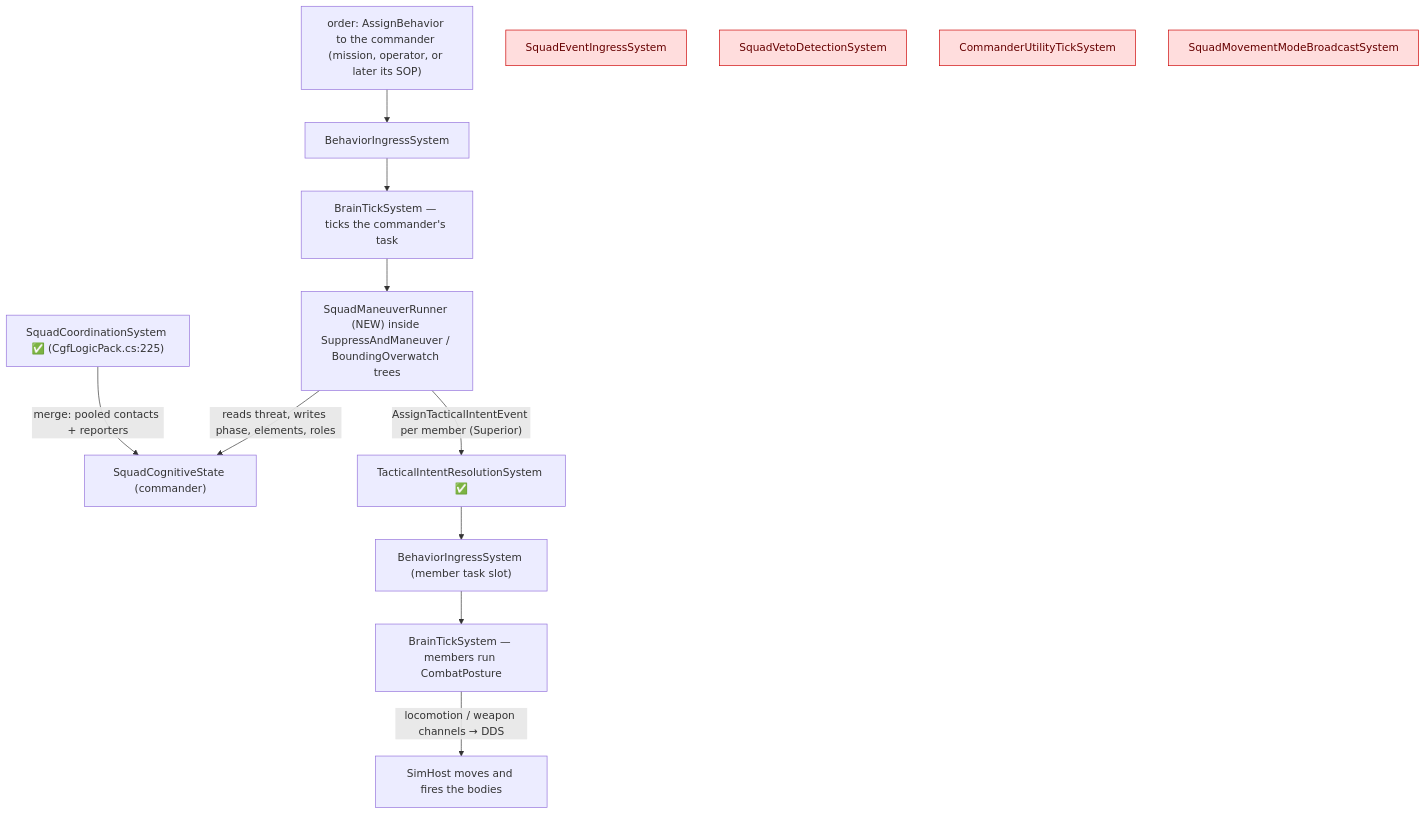
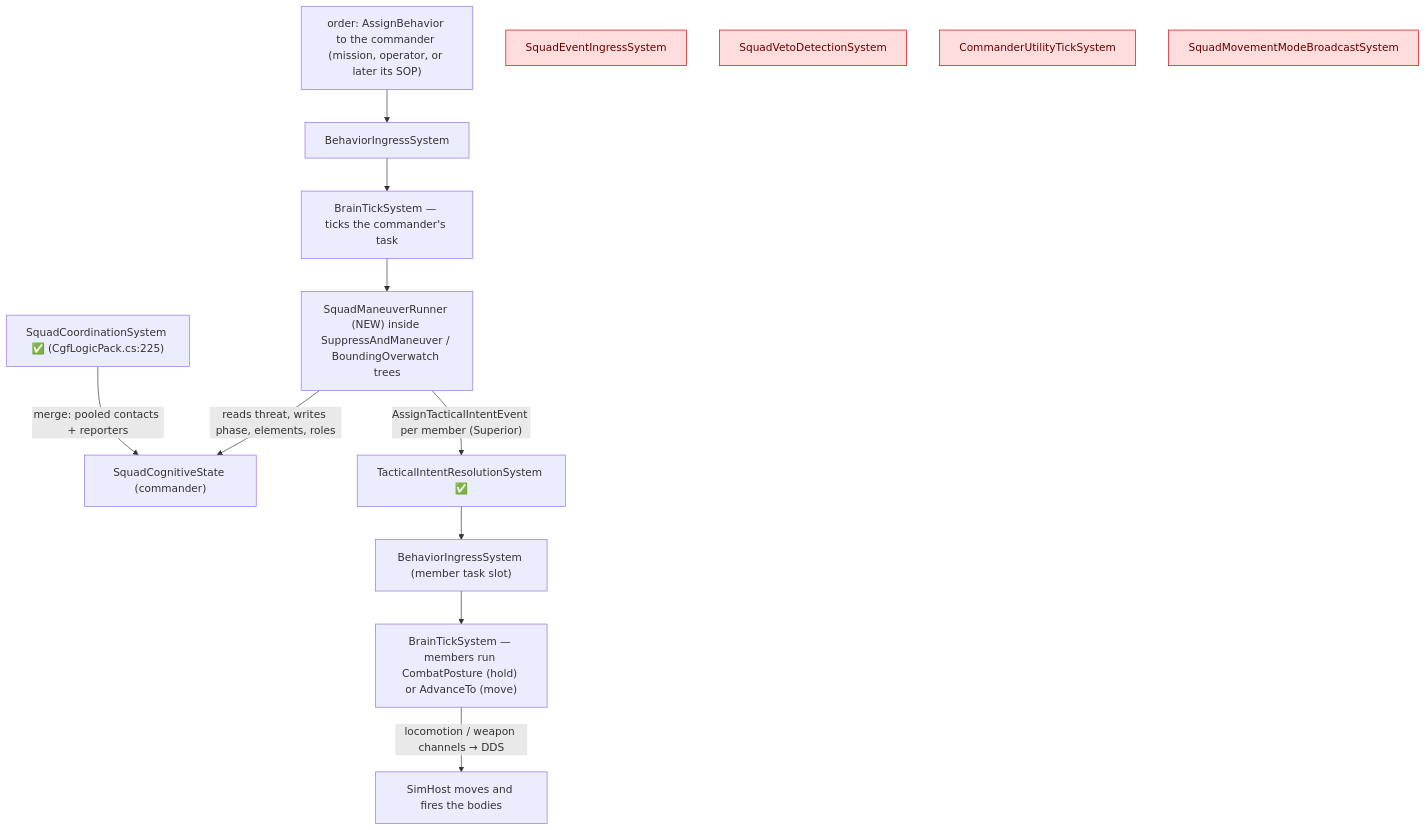
One commit to pjanec/HROT changed the second of 10 diagrams in docs/designs/group-maneuvers/DESIGN_Squad_Tactics.md. Above: the diagram before and after it, drawn with Mermaid. The commit also changed other lines of this file and 3 other files, not shown here.

First line of the commit message:
WIP CE-2123 S1: AdvanceTo folded into the design (§3.2/§3.3/§3.6) and the map; registrar rails name the two new behaviours; live rail drops its probes, hold check is horizontal

````diff
--- a/docs/designs/group-maneuvers/DESIGN_Squad_Tactics.md
+++ b/docs/designs/group-maneuvers/DESIGN_Squad_Tactics.md
@@ -82,17 +82,17 @@
 ```mermaid
 graph TD
   ORD["order: AssignBehavior to the commander (mission, operator, or later its SOP)"] --> ING["BehaviorIngressSystem"]
   ING --> BTS["BrainTickSystem — ticks the commander's task"]
   BTS --> RUN["SquadManeuverRunner (NEW) inside SuppressAndManeuver / BoundingOverwatch trees"]
   SCS["SquadCoordinationSystem ✅ (CgfLogicPack.cs:225)"] -->|"merge: pooled contacts + reporters"| POOL["SquadCognitiveState (commander)"]
   RUN -->|"reads threat, writes phase, elements, roles"| POOL
   RUN -->|"AssignTacticalIntentEvent per member (Superior)"| TIR["TacticalIntentResolutionSystem ✅"]
   TIR --> ING2["BehaviorIngressSystem (member task slot)"]
-  ING2 --> BTS2["BrainTickSystem — members run CombatPosture"]
+  ING2 --> BTS2["BrainTickSystem — members run CombatPosture (hold) or AdvanceTo (move)"]
   BTS2 -->|"locomotion / weapon channels → DDS"| SIM["SimHost moves and fires the bodies"]
   SEI["SquadEventIngressSystem"]:::dead
   SVD["SquadVetoDetectionSystem"]:::dead
   CUT["CommanderUtilityTickSystem"]:::dead
   MMB["SquadMovementModeBroadcastSystem"]:::dead
   classDef dead fill:#fdd,stroke:#c00,color:#600
 ```
````
